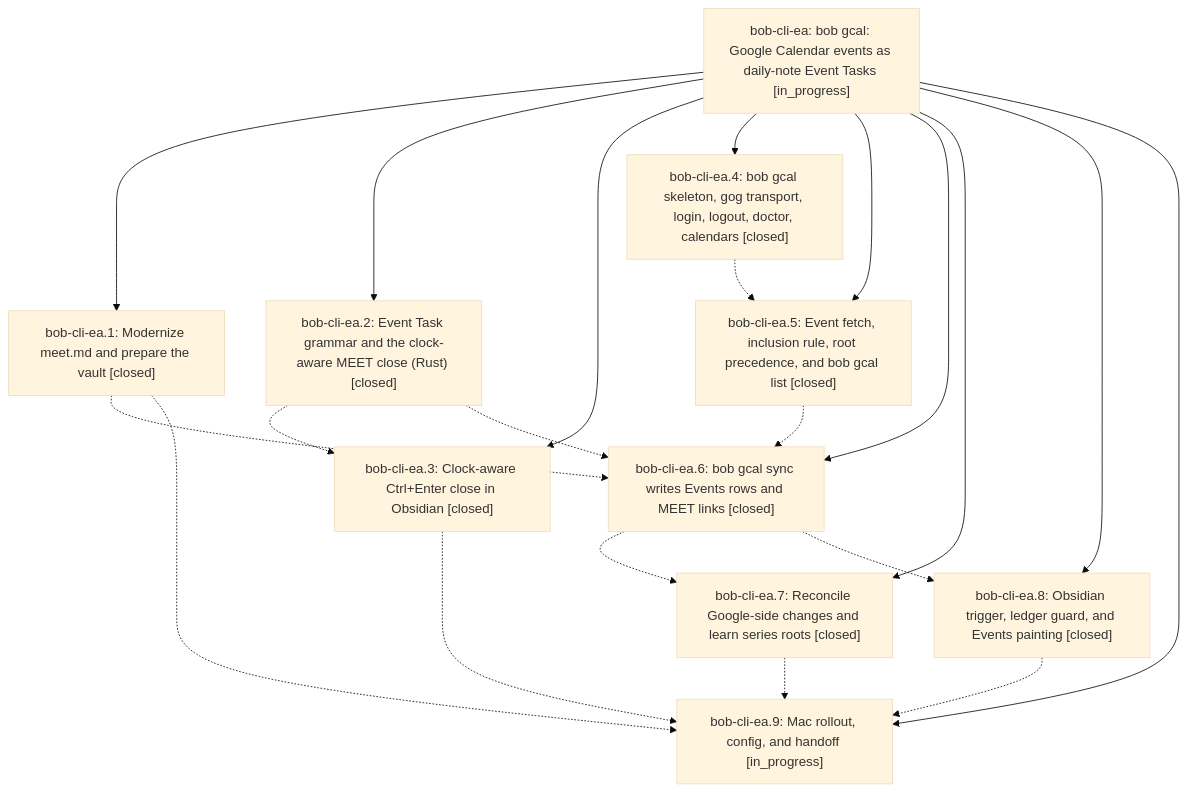
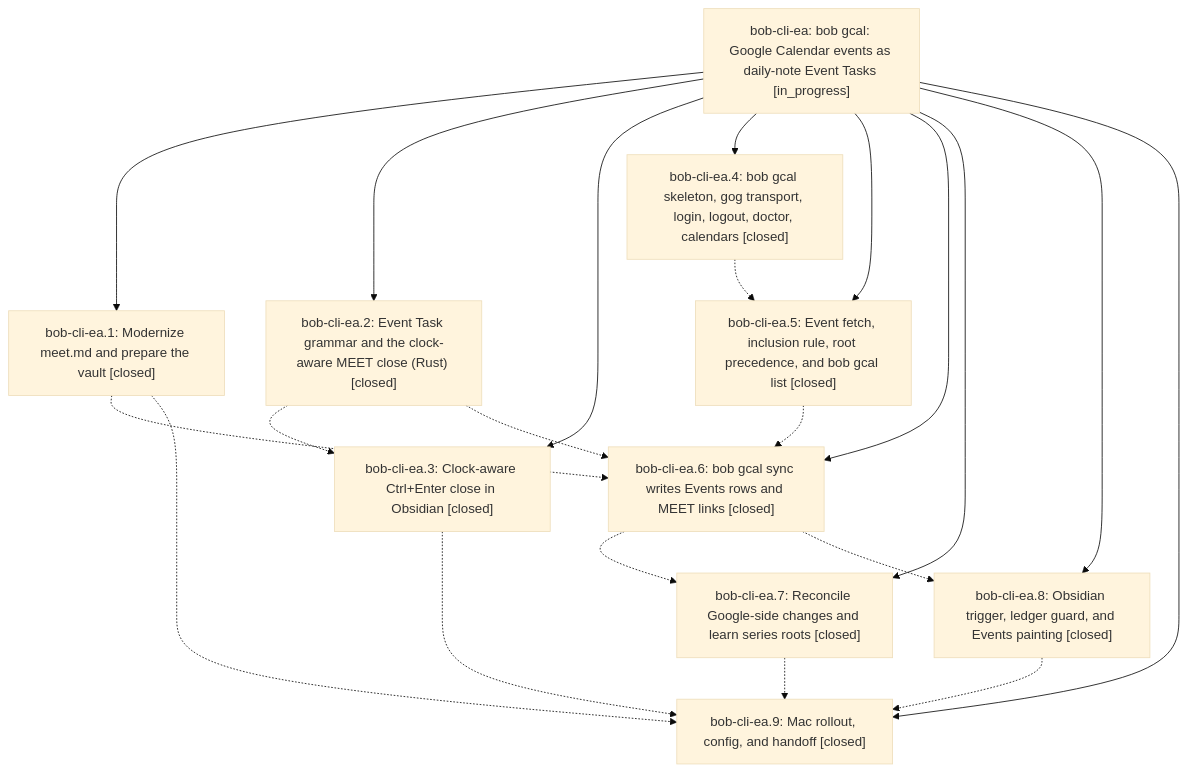
Before and after one commit to bobs-org/bob-cli--beads: the diagram in pages/bob-cli-ea/README.md, drawn with Mermaid (base theme). The commit also changed other lines of this file and 5 other files, not shown here.

First line of the commit message:
chore(beads): sync bead state and pages for bob-cli-ea

````diff
--- a/pages/bob-cli-ea/README.md
+++ b/pages/bob-cli-ea/README.md
@@ -48,33 +48,33 @@
 ```mermaid
 flowchart TD
     n0["bob-cli-ea: bob gcal: Google Calendar events as daily-note Event Tasks [in_progress]"]
     n1["bob-cli-ea.1: Modernize meet.md and prepare the vault [closed]"]
     n2["bob-cli-ea.2: Event Task grammar and the clock-aware MEET close (Rust) [closed]"]
     n3["bob-cli-ea.3: Clock-aware Ctrl+Enter close in Obsidian [closed]"]
     n4["bob-cli-ea.4: bob gcal skeleton, gog transport, login, logout, doctor, calendars [closed]"]
     n5["bob-cli-ea.5: Event fetch, inclusion rule, root precedence, and bob gcal list [closed]"]
     n6["bob-cli-ea.6: bob gcal sync writes Events rows and MEET links [closed]"]
     n7["bob-cli-ea.7: Reconcile Google-side changes and learn series roots [closed]"]
     n8["bob-cli-ea.8: Obsidian trigger, ledger guard, and Events painting [closed]"]
-    n9["bob-cli-ea.9: Mac rollout, config, and handoff [in_progress]"]
+    n9["bob-cli-ea.9: Mac rollout, config, and handoff [closed]"]
     n0 --> n1
     n0 --> n2
     n0 --> n3
     n0 --> n4
     n0 --> n5
     n0 --> n6
     n0 --> n7
     n0 --> n8
     n0 --> n9
     n1 -.-> n6
     n1 -.-> n9
     n2 -.-> n3
     n2 -.-> n6
     n3 -.-> n9
     n4 -.-> n5
     n5 -.-> n6
     n6 -.-> n7
     n6 -.-> n8
     n7 -.-> n9
     n8 -.-> n9
 ```
````
